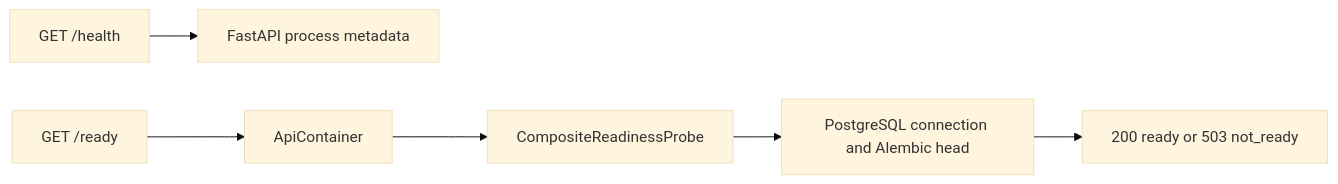
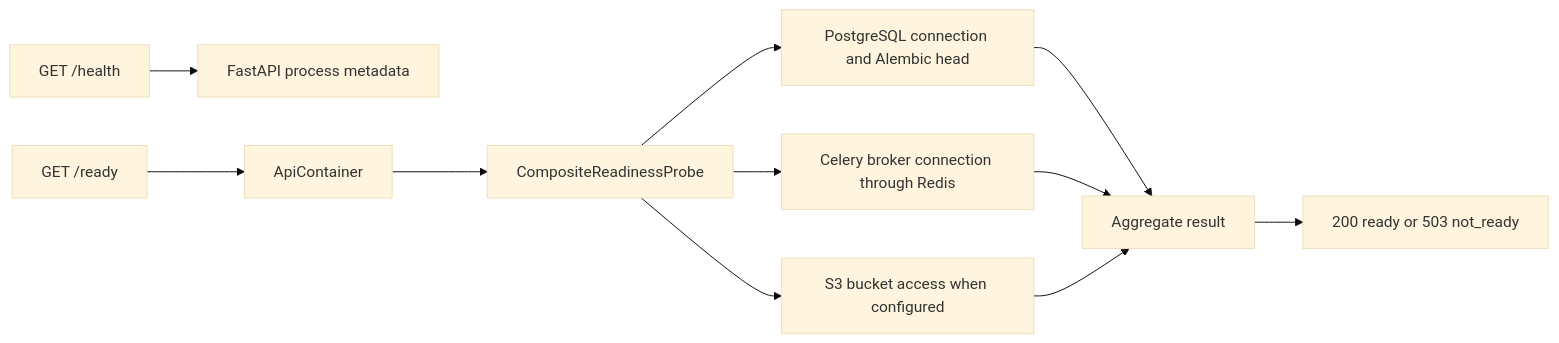
Before and after one commit to rnkraus/investment-research: the second of 6 diagrams in backend/src/investment_research/api/routes/README.md, drawn with Mermaid (base theme). The commit also changed 17 other files, not shown here.

````diff
--- a/backend/src/investment_research/api/routes/README.md
+++ b/backend/src/investment_research/api/routes/README.md
@@ -31,8 +31,13 @@
 ```mermaid
 flowchart LR
     LIVE[GET /health] --> PROCESS[FastAPI process metadata]
     READY[GET /ready] --> CONTAINER[ApiContainer]
     CONTAINER --> COMPOSITE[CompositeReadinessProbe]
     COMPOSITE --> POSTGRES[PostgreSQL connection and Alembic head]
-    POSTGRES --> RESULT[200 ready or 503 not_ready]
+    COMPOSITE --> REDIS[Celery broker connection through Redis]
+    COMPOSITE --> S3[S3 bucket access when configured]
+    POSTGRES --> RESULT[Aggregate result]
+    REDIS --> RESULT
+    S3 --> RESULT
+    RESULT --> RESPONSE[200 ready or 503 not_ready]
 ```
````
